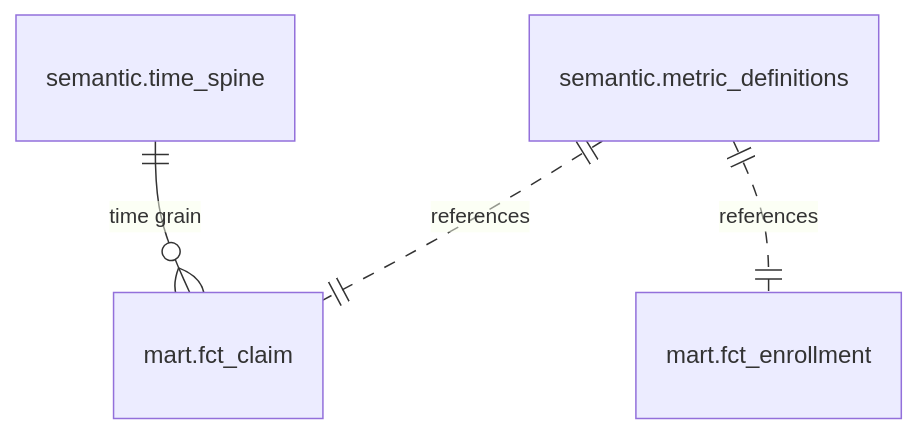
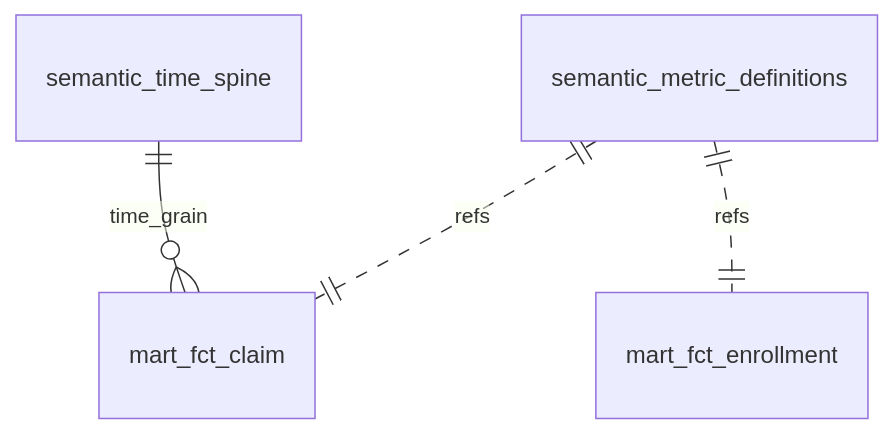
One commit to garthmortensen/aca_health changed the fourth of 4 diagrams in README.md. Above: the diagram before and after it, drawn with Mermaid. The commit also changed other lines of this file and 1 other file, not shown here.

Commit message:
fix(ERD): replace . with _

````diff
--- a/README.md
+++ b/README.md
@@ -146,6 +146,6 @@
 ```mermaid
 erDiagram
-    semantic.metric_definitions ||..|| mart.fct_claim : "references"
-    semantic.metric_definitions ||..|| mart.fct_enrollment : "references"
-    semantic.time_spine ||--o{ mart.fct_claim : "time grain"
+  semantic_metric_definitions ||..|| mart_fct_claim : "refs"
+  semantic_metric_definitions ||..|| mart_fct_enrollment : "refs"
+  semantic_time_spine ||--o{ mart_fct_claim : "time_grain"
 ```
````
